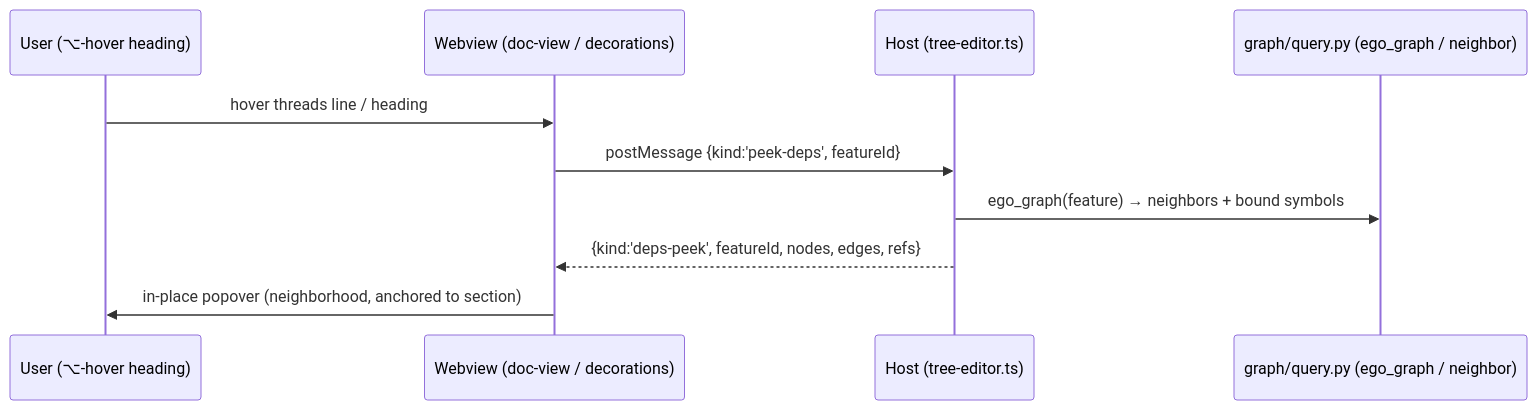
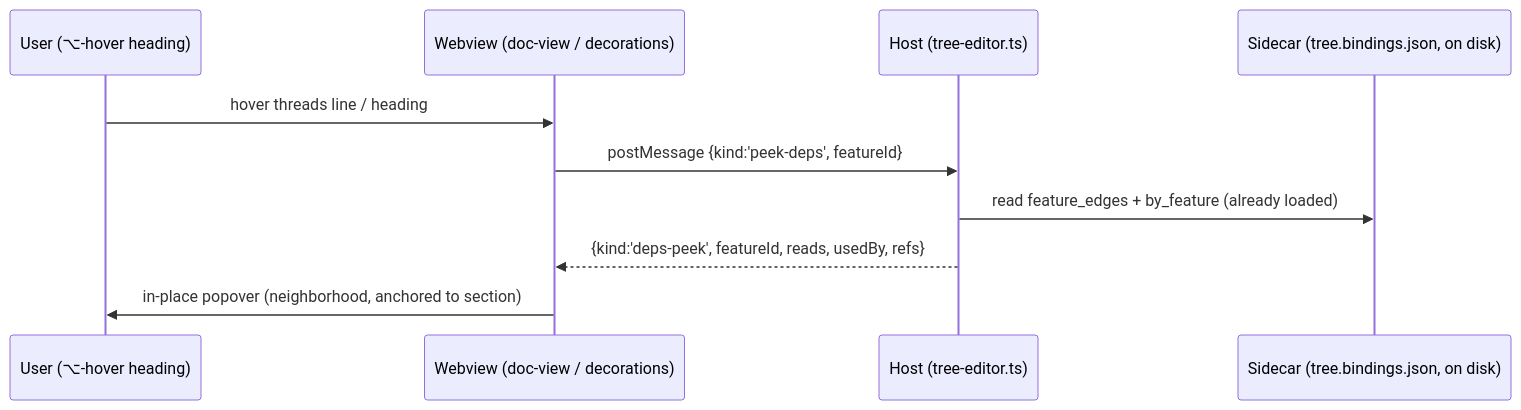
The second of 2 diagrams in docs/plans/2026-06-09-001-feat-codoc-collaborative-doc-ux-redesign-plan.md (ryanyen2/CodeNav), drawn with Mermaid before and after one commit. The commit also changed other lines of this file, not shown here.

````diff
--- a/docs/plans/2026-06-09-001-feat-codoc-collaborative-doc-ux-redesign-plan.md
+++ b/docs/plans/2026-06-09-001-feat-codoc-collaborative-doc-ux-redesign-plan.md
@@ -289,12 +302,12 @@
 ```mermaid
 sequenceDiagram
   participant U as User (⌥-hover heading)
   participant WV as Webview (doc-view / decorations)
   participant Host as Host (tree-editor.ts)
-  participant G as graph/query.py (ego_graph / neighbor)
+  participant SC as Sidecar (tree.bindings.json, on disk)
   U->>WV: hover threads line / heading
   WV->>Host: postMessage {kind:'peek-deps', featureId}
-  Host->>G: ego_graph(feature) → neighbors + bound symbols
-  Host-->>WV: {kind:'deps-peek', featureId, nodes, edges, refs}
+  Host->>SC: read feature_edges + by_feature (already loaded)
+  Host-->>WV: {kind:'deps-peek', featureId, reads, usedBy, refs}
   WV->>U: in-place popover (neighborhood, anchored to section)
 ```
````
